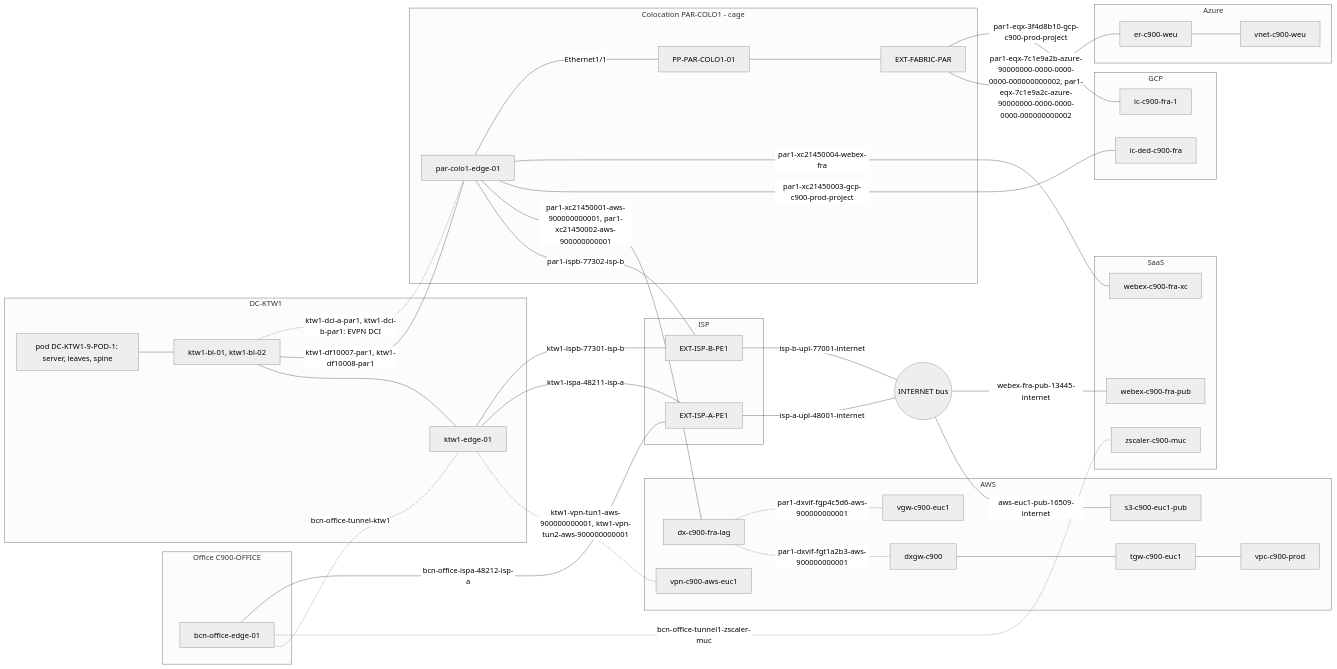
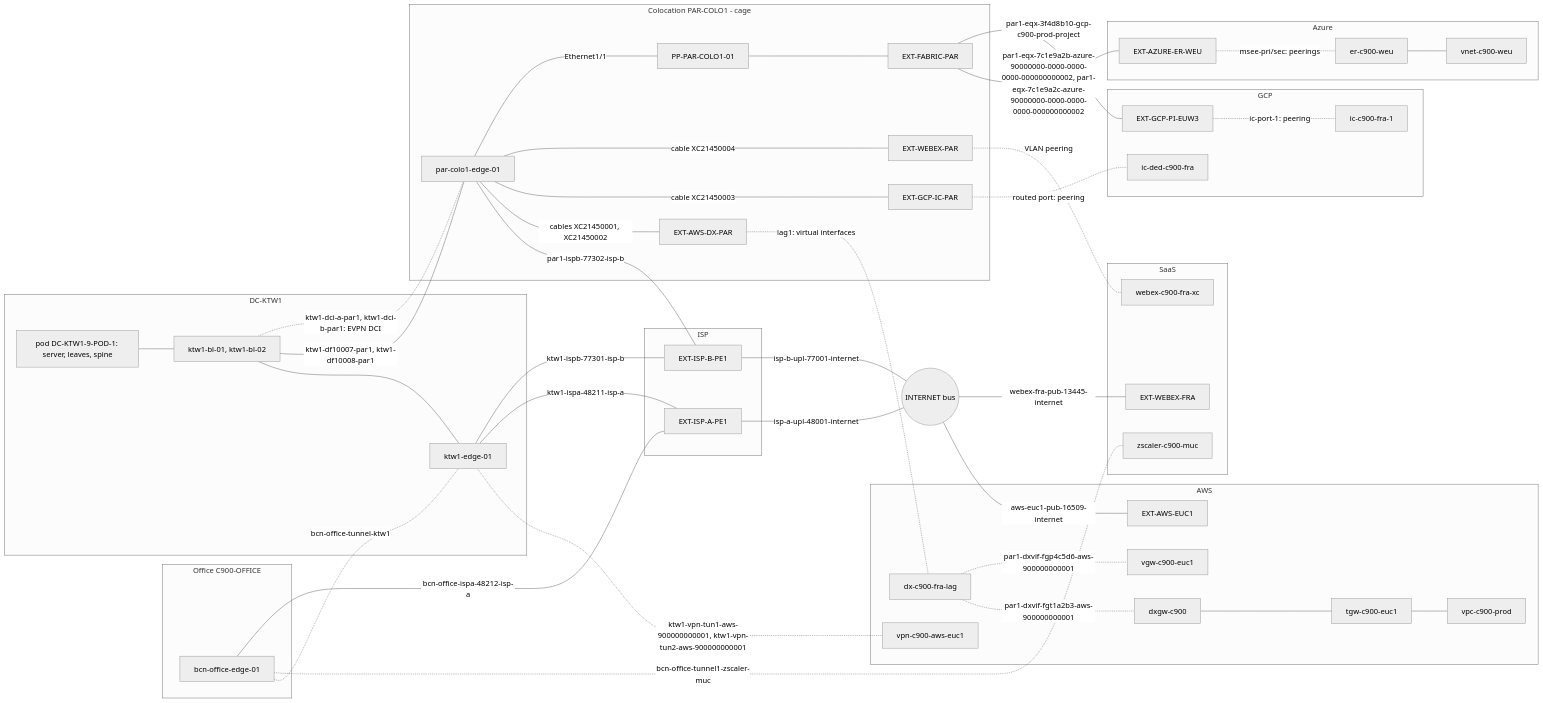
The second of 4 diagrams in data/demos/00_full_topology/README.md (t0m3kz/infrahub-demo), drawn with Mermaid (neutral theme) before and after one commit. The commit also changed other lines of this file and 93 other files, not shown here.

First line of the commit message:
feat(schema): provider connects, the provider's ports, and one software image model (#270)

````diff
--- a/data/demos/00_full_topology/README.md
+++ b/data/demos/00_full_topology/README.md
@@ -147,70 +149,80 @@
 ```mermaid
 flowchart LR
   subgraph OFFICE["Office C900-OFFICE"]
     OE["bcn-office-edge-01"]
   end
   subgraph DC["DC-KTW1"]
     DPOD["pod DC-KTW1-9-POD-1: server, leaves, spine"]
     BL["ktw1-bl-01, ktw1-bl-02"]
     DE["ktw1-edge-01"]
   end
   subgraph COLO["Colocation PAR-COLO1 - cage"]
     CE["par-colo1-edge-01"]
     CP["PP-PAR-COLO1-01"]
     CF["EXT-FABRIC-PAR"]
+    CA["EXT-AWS-DX-PAR"]
+    CG["EXT-GCP-IC-PAR"]
+    CW["EXT-WEBEX-PAR"]
   end
   subgraph ISP["ISP"]
     PA["EXT-ISP-A-PE1"]
     PB["EXT-ISP-B-PE1"]
   end
   NET(("INTERNET bus"))
   subgraph AWS["AWS"]
     DX["dx-c900-fra-lag"]
     DXGW["dxgw-c900"]
     TGW["tgw-c900-euc1"]
     VPC["vpc-c900-prod"]
     VGW["vgw-c900-euc1"]
     VPN["vpn-c900-aws-euc1"]
-    S3["s3-c900-euc1-pub"]
+    S3["EXT-AWS-EUC1"]
   end
   subgraph AZ["Azure"]
+    EAZ["EXT-AZURE-ER-WEU"]
     ER["er-c900-weu"]
     VNET["vnet-c900-weu"]
   end
   subgraph GCP["GCP"]
     GDED["ic-ded-c900-fra"]
+    EGP["EXT-GCP-PI-EUW3"]
     GIC["ic-c900-fra-1"]
   end
   subgraph SAAS["SaaS"]
     WX["webex-c900-fra-xc"]
-    WXP["webex-c900-fra-pub"]
+    WXP["EXT-WEBEX-FRA"]
     ZS["zscaler-c900-muc"]
   end
   DPOD --- BL
   BL --- DE
   BL ---|"ktw1-df10007-par1, ktw1-df10008-par1"| CE
   BL -.-|"ktw1-dci-a-par1, ktw1-dci-b-par1: EVPN DCI"| CE
   OE -.-|"bcn-office-tunnel-ktw1"| DE
   OE -.-|"bcn-office-tunnel1-zscaler-muc"| ZS
   DE -.-|"ktw1-vpn-tun1-aws-900000000001, ktw1-vpn-tun2-aws-900000000001"| VPN
   OE ---|"bcn-office-ispa-48212-isp-a"| PA
   DE ---|"ktw1-ispa-48211-isp-a"| PA
   DE ---|"ktw1-ispb-77301-isp-b"| PB
   CE ---|"par1-ispb-77302-isp-b"| PB
   PA ---|"isp-a-upl-48001-internet"| NET
   PB ---|"isp-b-upl-77001-internet"| NET
   NET ---|"aws-euc1-pub-16509-internet"| S3
   NET ---|"webex-fra-pub-13445-internet"| WXP
-  CE ---|"par1-xc21450001-aws-900000000001, par1-xc21450002-aws-900000000001"| DX
-  CE ---|"par1-xc21450003-gcp-c900-prod-project"| GDED
-  CE ---|"par1-xc21450004-webex-fra"| WX
+  CE ---|"cables XC21450001, XC21450002"| CA
+  CE ---|"cable XC21450003"| CG
+  CE ---|"cable XC21450004"| CW
+  CA -.-|"lag1: virtual interfaces"| DX
+  CG -.-|"routed port: peering"| GDED
+  CW -.-|"VLAN peering"| WX
   CE ---|"Ethernet1/1"| CP
   CP --- CF
-  CF ---|"par1-eqx-7c1e9a2b-azure-90000000-0000-0000-0000-000000000002, par1-eqx-7c1e9a2c-azure-90000000-0000-0000-0000-000000000002"| ER
-  CF ---|"par1-eqx-3f4d8b10-gcp-c900-prod-project"| GIC
+  CF ---|"par1-eqx-7c1e9a2b-azure-90000000-0000-0000-0000-000000000002, par1-eqx-7c1e9a2c-azure-90000000-0000-0000-0000-000000000002"| EAZ
+  CF ---|"par1-eqx-3f4d8b10-gcp-c900-prod-project"| EGP
+  EAZ -.-|"msee-pri/sec: peerings"| ER
+  EGP -.-|"ic-port-1: peering"| GIC
   DX -.-|"par1-dxvif-fgt1a2b3-aws-900000000001"| DXGW
   DXGW --- TGW
   TGW --- VPC
   DX -.-|"par1-dxvif-fgp4c5d6-aws-900000000001"| VGW
   ER --- VNET
 ```
````
